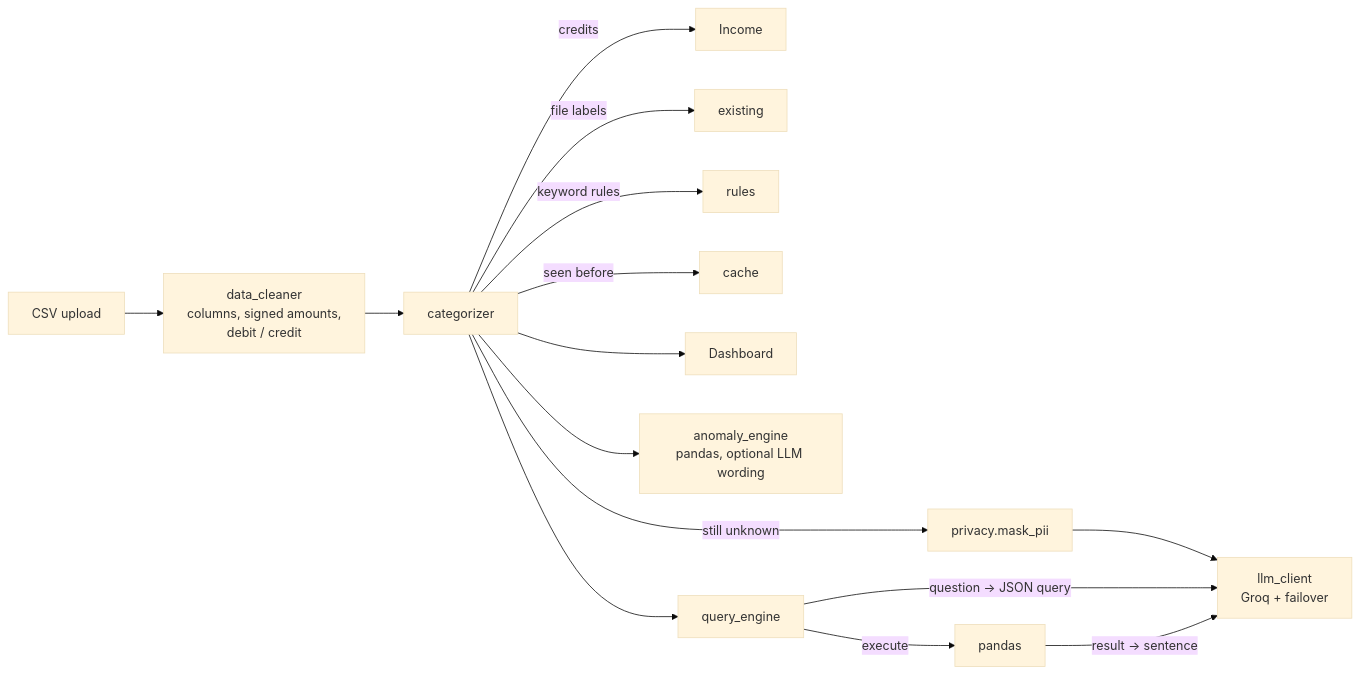
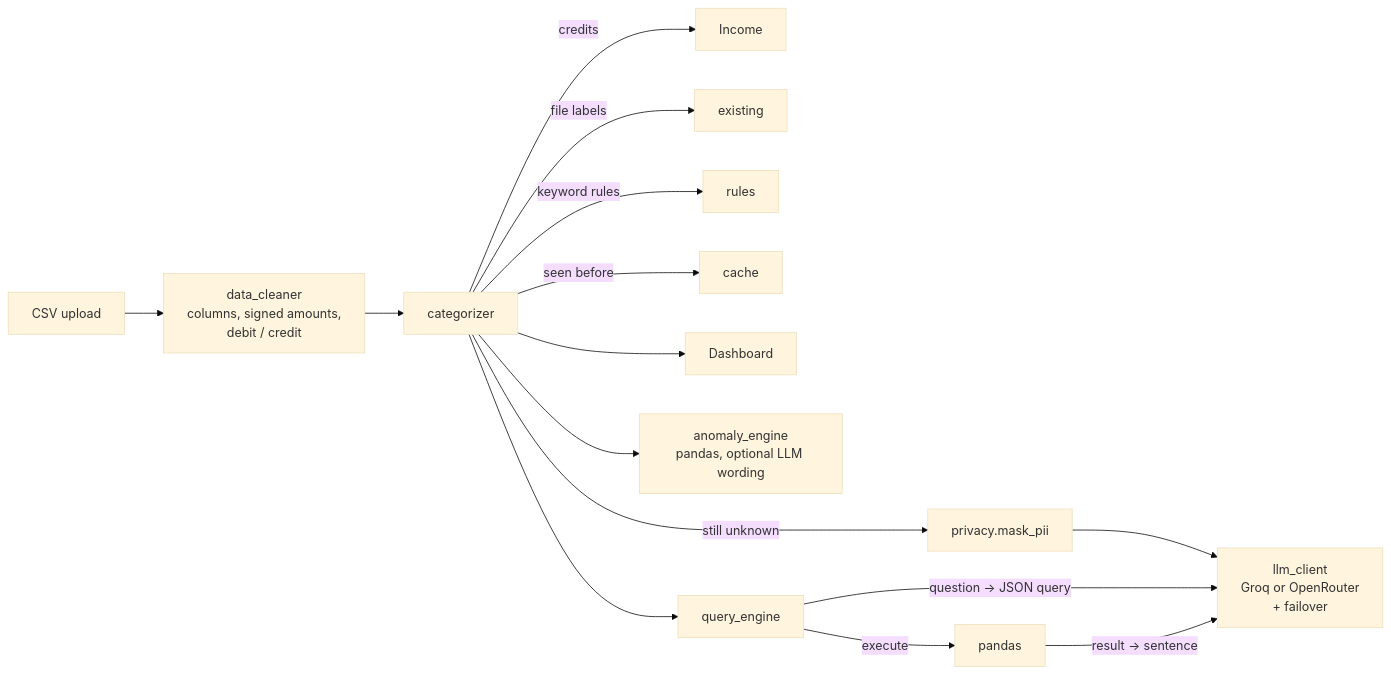
Before and after one commit to thakursamir0000-star/spend-ai-: the diagram in README.md, drawn with Mermaid (base theme). The commit also changed other lines of this file and 5 other files, not shown here.

First line of the commit message:
Add OpenRouter as an LLM provider next to Groq

````diff
--- a/README.md
+++ b/README.md
@@ -20,16 +20,16 @@
 ```mermaid
 flowchart LR
     CSV[CSV upload] --> C[data_cleaner<br/>columns, signed amounts,<br/>debit / credit]
     C --> K[categorizer]
     K -->|credits| I[Income]
     K -->|file labels| E[existing]
     K -->|keyword rules| R[rules]
     K -->|seen before| CA[cache]
-    K -->|still unknown| M[privacy.mask_pii] --> L[llm_client<br/>Groq + failover]
+    K -->|still unknown| M[privacy.mask_pii] --> L[llm_client<br/>Groq or OpenRouter<br/>+ failover]
     K --> D[Dashboard]
     K --> A[anomaly_engine<br/>pandas, optional LLM wording]
     K --> Q[query_engine]
     Q -->|question → JSON query| L
     Q -->|execute| P[pandas]
     P -->|result → sentence| L
 ```
````
